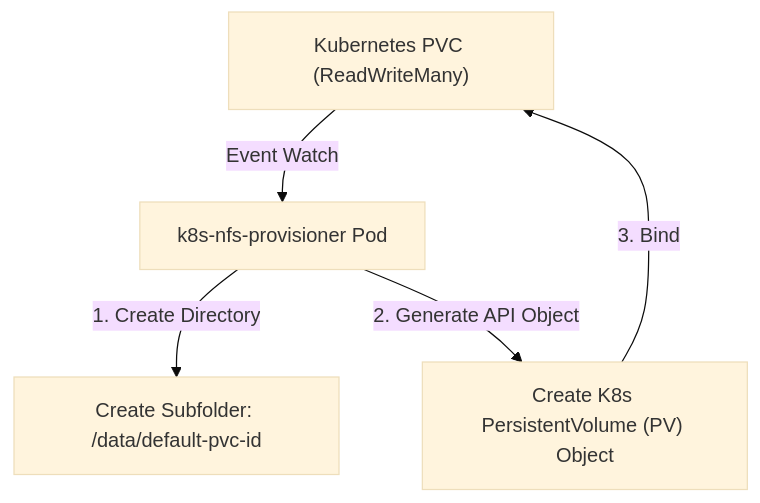
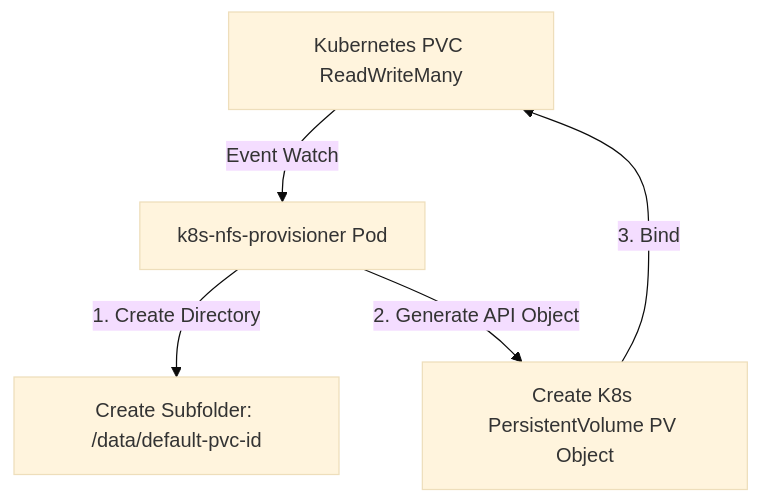
One commit to seang454/nfs-cluster changed diagram 14 of 14 in nfs-cluster/HA-NFS-Ceph-Architecture-Guide.md. Above: the diagram before and after it, drawn with Mermaid (base theme). The commit also changed other lines of this file, not shown here.

````diff
--- a/nfs-cluster/HA-NFS-Ceph-Architecture-Guide.md
+++ b/nfs-cluster/HA-NFS-Ceph-Architecture-Guide.md
@@ -345,7 +409,7 @@
 ```mermaid
 flowchart TB
-    PVC["Kubernetes PVC (ReadWriteMany)"] -->|Event Watch| Provisioner["k8s-nfs-provisioner Pod"]
-    Provisioner -->|1. Create Directory| NFSDir["Create Subfolder: /data/default-pvc-id"]
-    Provisioner -->|2. Generate API Object| PV["Create K8s PersistentVolume (PV) Object"]
-    PV -->|3. Bind| PVC
+    PVC["Kubernetes PVC ReadWriteMany"] -->|"Event Watch"| Provisioner["k8s-nfs-provisioner Pod"]
+    Provisioner -->|"1. Create Directory"| NFSDir["Create Subfolder: /data/default-pvc-id"]
+    Provisioner -->|"2. Generate API Object"| PV["Create K8s PersistentVolume PV Object"]
+    PV -->|"3. Bind"| PVC
 ```
````
